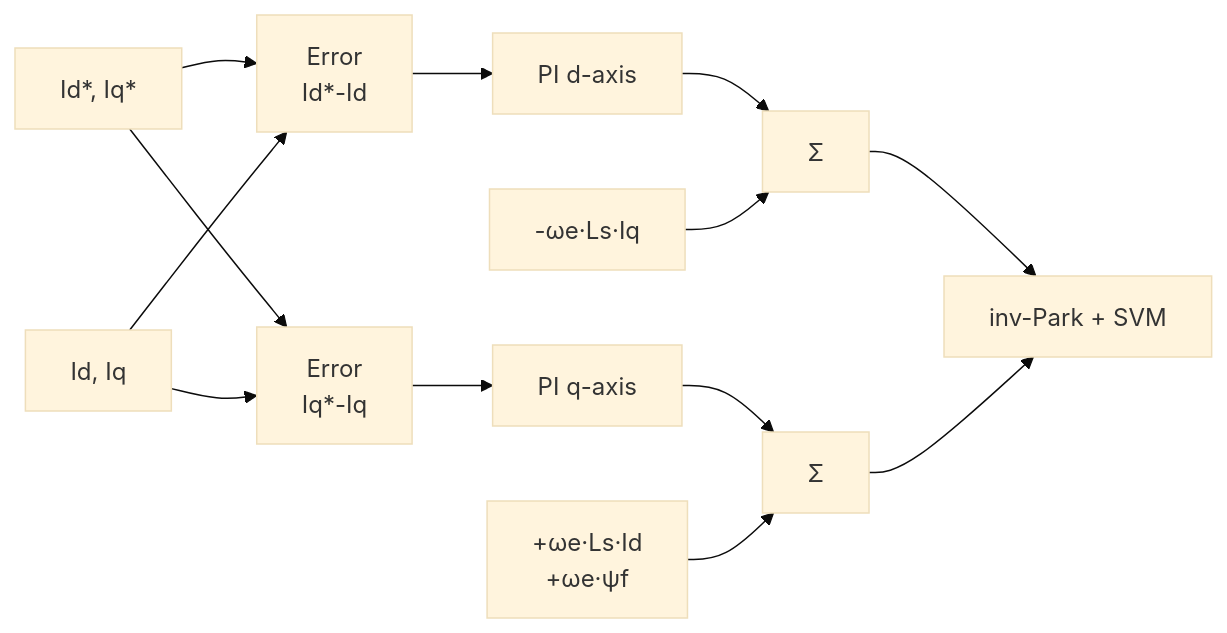
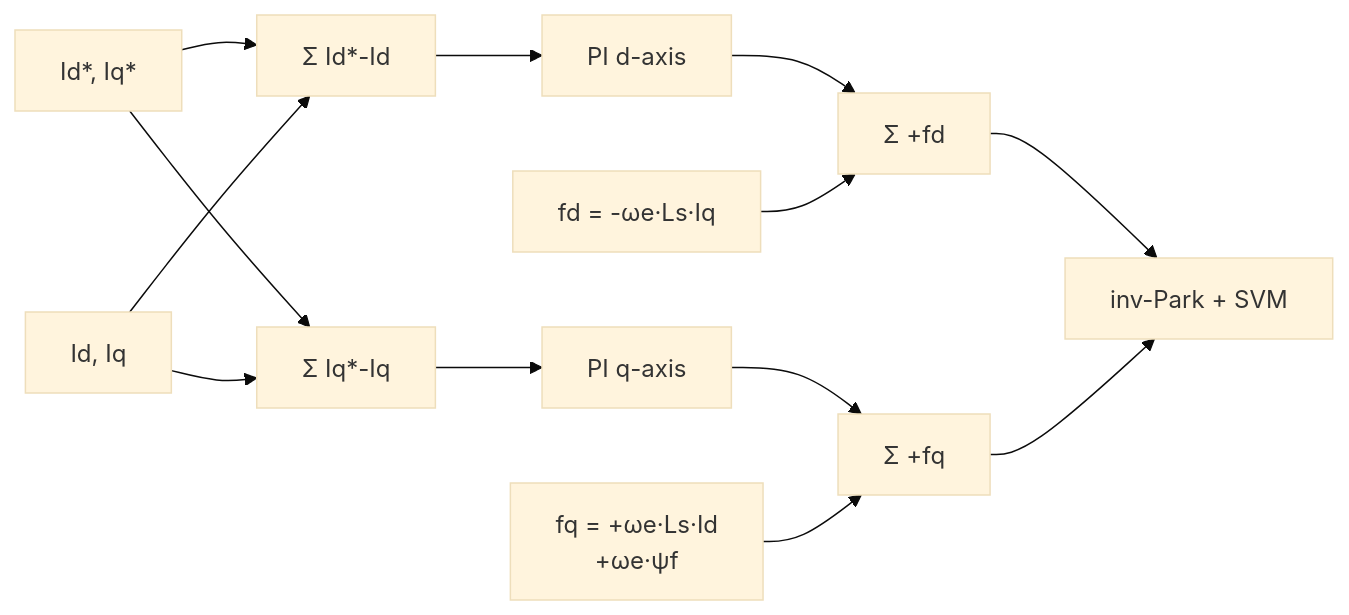
The diagram in documentation/theory/current-loop-controllers.md (embedded-pro/e-foc), drawn with Mermaid (base theme) before and after one commit. The commit also changed other lines of this file and 16 other files, not shown here.

````diff
--- a/documentation/theory/current-loop-controllers.md
+++ b/documentation/theory/current-loop-controllers.md
@@ -103,15 +127,15 @@
 ```mermaid
 graph LR
-    Iref["Id*, Iq*"] --> ERRD["Error\nId*-Id"]
-    Iref --> ERRQ["Error\nIq*-Iq"]
+    Iref["Id*, Iq*"] --> ERRD["Σ Id*-Id"]
+    Iref --> ERRQ["Σ Iq*-Iq"]
     MEAS["Id, Iq"] --> ERRD
     MEAS --> ERRQ
     ERRD --> PID_D["PI d-axis"]
     ERRQ --> PID_Q["PI q-axis"]
-    PID_D --> SUM_D["Σ"]
-    PID_Q --> SUM_Q["Σ"]
-    FF["-ωe·Ls·Iq"] --> SUM_D
-    FFQ["+ωe·Ls·Id\n+ωe·ψf"] --> SUM_Q
+    PID_D --> SUM_D["Σ +fd"]
+    PID_Q --> SUM_Q["Σ +fq"]
+    FF["fd = -ωe·Ls·Iq"] --> SUM_D
+    FFQ["fq = +ωe·Ls·Id\n    +ωe·ψf"] --> SUM_Q
     SUM_D --> OUT["inv-Park + SVM"]
     SUM_Q --> OUT
 ```
````
